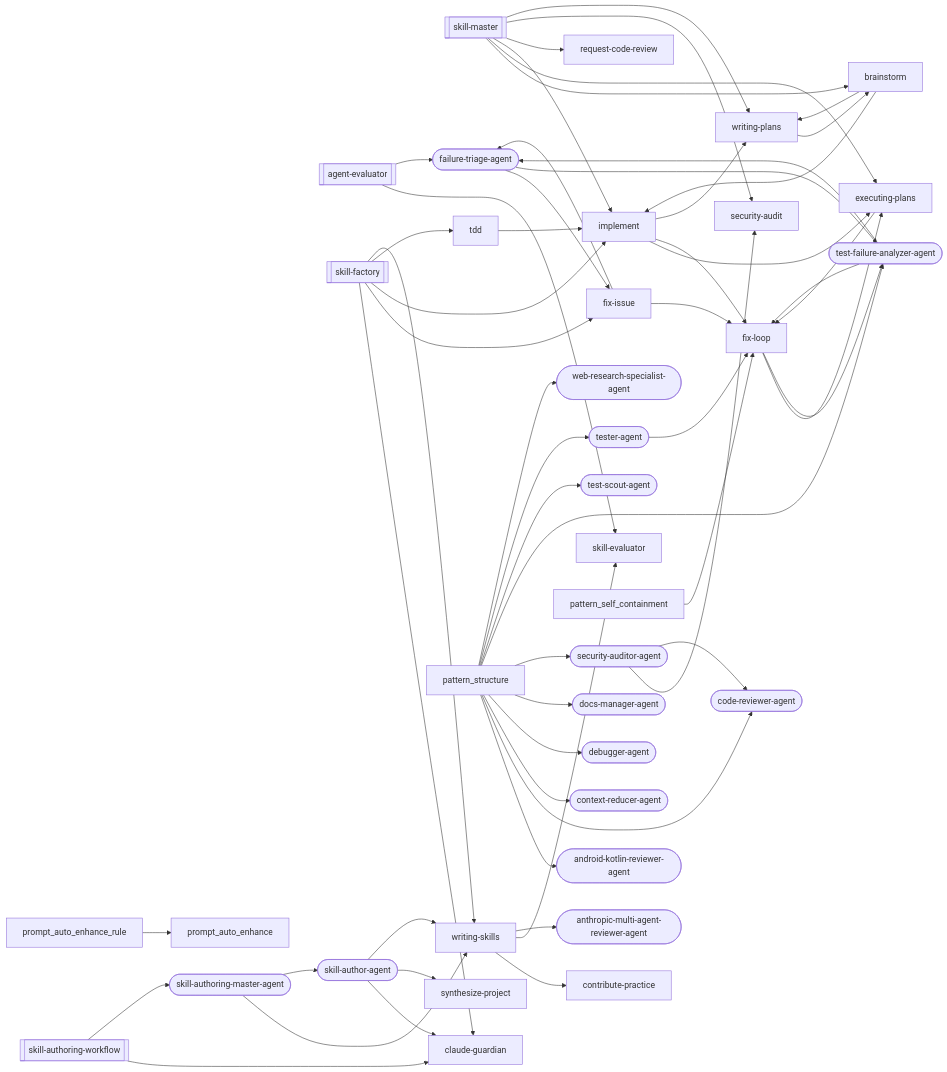
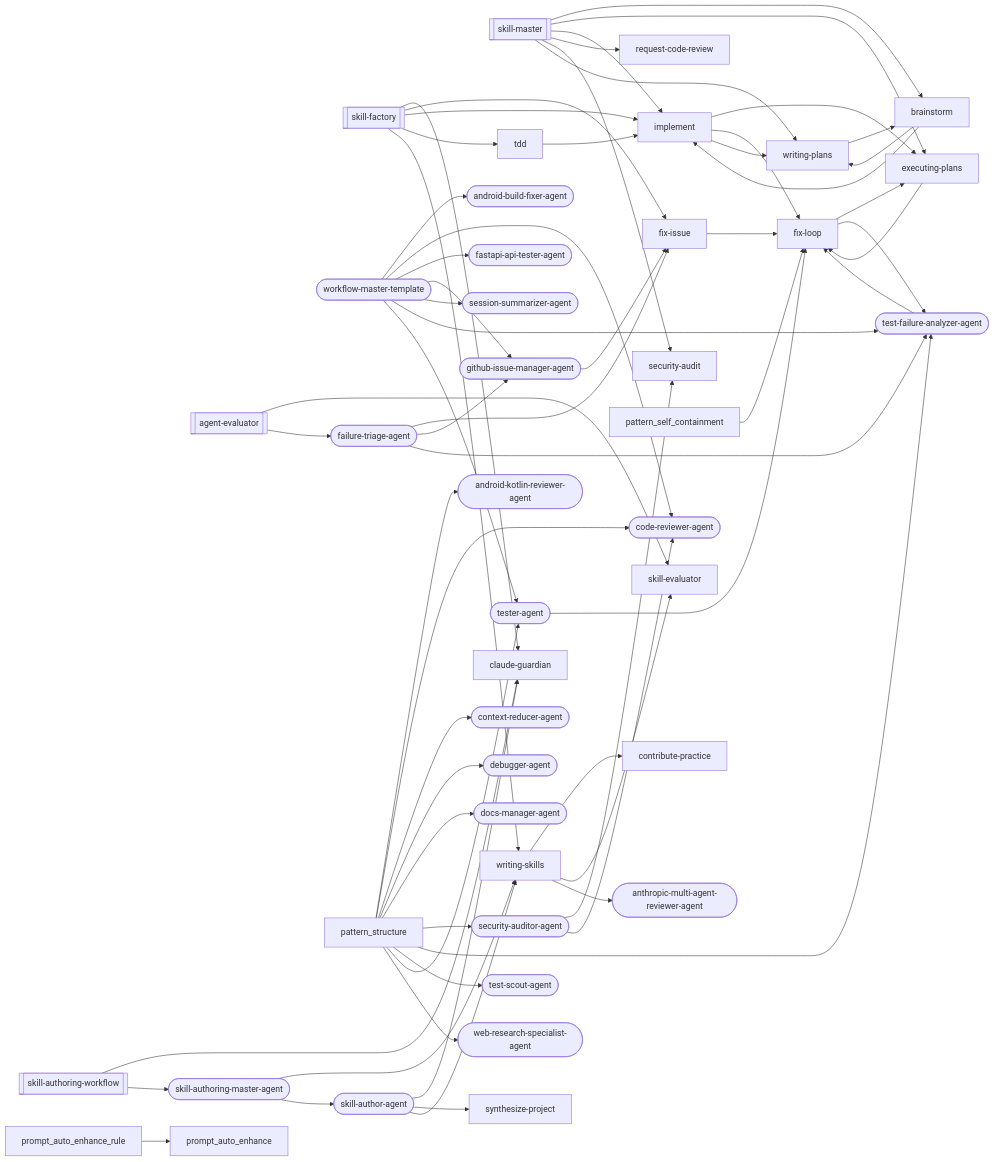
The third of 23 diagrams in docs/workflows/skill-authoring.md (abhayla/claude-best-practices), drawn with Mermaid before and after one commit. The commit also changed other lines of this file and 14 other files, not shown here.

```diff
--- a/docs/workflows/skill-authoring.md
+++ b/docs/workflows/skill-authoring.md
@@ -509,6 +522,8 @@
     skill_authoring_workflow[["skill-authoring-workflow"]]
     skill_factory[["skill-factory"]]
     skill_master[["skill-master"]]
+    workflow_master_template(["workflow-master-template"])
+    android_build_fixer_agent(["android-build-fixer-agent"])
     android_kotlin_reviewer_agent(["android-kotlin-reviewer-agent"])
     anthropic_multi_agent_reviewer_agent(["anthropic-multi-agent-reviewer-agent"])
     brainstorm["brainstorm"]
@@ -520,12 +535,15 @@
     docs_manager_agent(["docs-manager-agent"])
     executing_plans["executing-plans"]
     failure_triage_agent(["failure-triage-agent"])
+    fastapi_api_tester_agent(["fastapi-api-tester-agent"])
     fix_issue["fix-issue"]
     fix_loop["fix-loop"]
+    github_issue_manager_agent(["github-issue-manager-agent"])
     implement["implement"]
     request_code_review["request-code-review"]
     security_audit["security-audit"]
     security_auditor_agent(["security-auditor-agent"])
+    session_summarizer_agent(["session-summarizer-agent"])
     skill_author_agent(["skill-author-agent"])
     skill_authoring_master_agent(["skill-authoring-master-agent"])
     skill_evaluator["skill-evaluator"]
@@ -543,7 +561,6 @@
     brainstorm --> writing_plans
     executing_plans --> fix_loop
     fix_issue --> fix_loop
-    fix_issue --> failure_triage_agent
     fix_loop --> executing_plans
     fix_loop --> test_failure_analyzer_agent
     implement --> executing_plans
@@ -568,7 +585,9 @@
     writing_skills --> skill_evaluator
     writing_skills --> anthropic_multi_agent_reviewer_agent
     failure_triage_agent --> fix_issue
+    failure_triage_agent --> github_issue_manager_agent
     failure_triage_agent --> test_failure_analyzer_agent
+    github_issue_manager_agent --> fix_issue
     security_auditor_agent --> security_audit
     security_auditor_agent --> code_reviewer_agent
     skill_author_agent --> claude_guardian
@@ -577,8 +596,14 @@
     skill_authoring_master_agent --> writing_skills
     skill_authoring_master_agent --> skill_author_agent
     test_failure_analyzer_agent --> fix_loop
-    test_failure_analyzer_agent --> failure_triage_agent
     tester_agent --> fix_loop
+    workflow_master_template --> android_build_fixer_agent
+    workflow_master_template --> code_reviewer_agent
+    workflow_master_template --> fastapi_api_tester_agent
+    workflow_master_template --> github_issue_manager_agent
+    workflow_master_template --> session_summarizer_agent
+    workflow_master_template --> test_failure_analyzer_agent
+    workflow_master_template --> tester_agent
     pattern_self_containment --> fix_loop
     pattern_structure --> android_kotlin_reviewer_agent
     pattern_structure --> code_reviewer_agent
```
